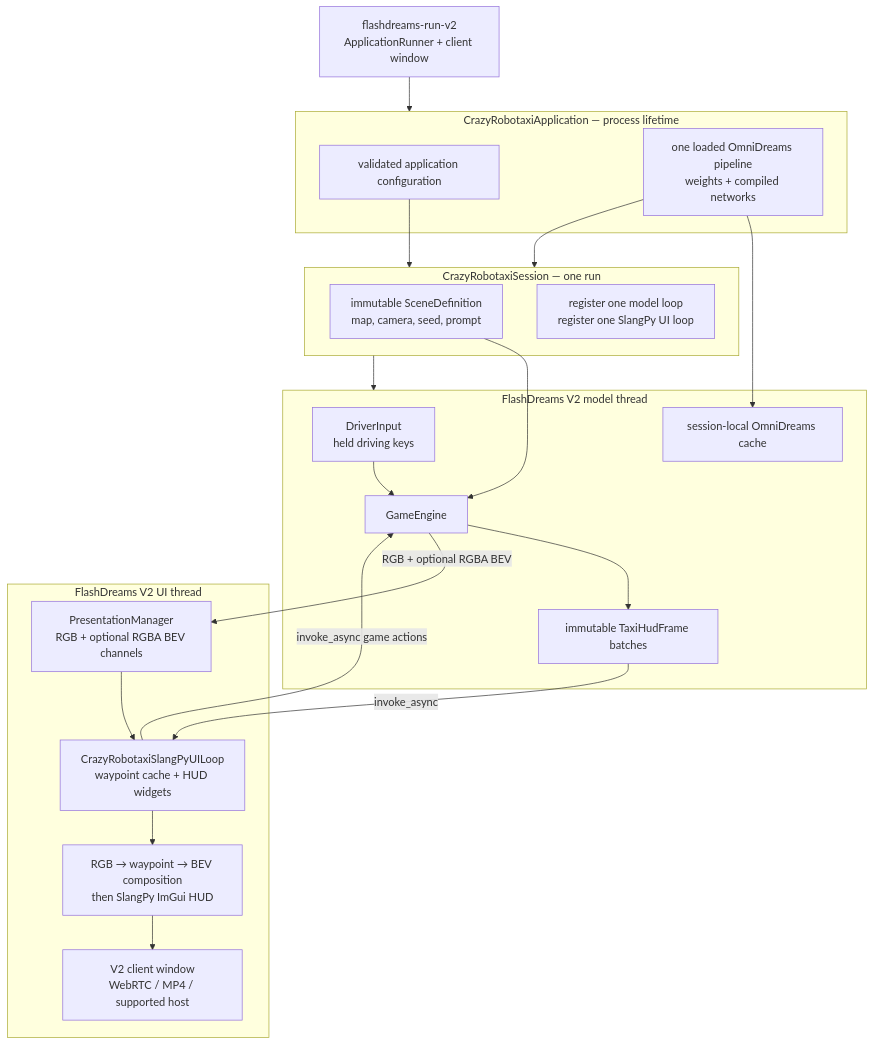
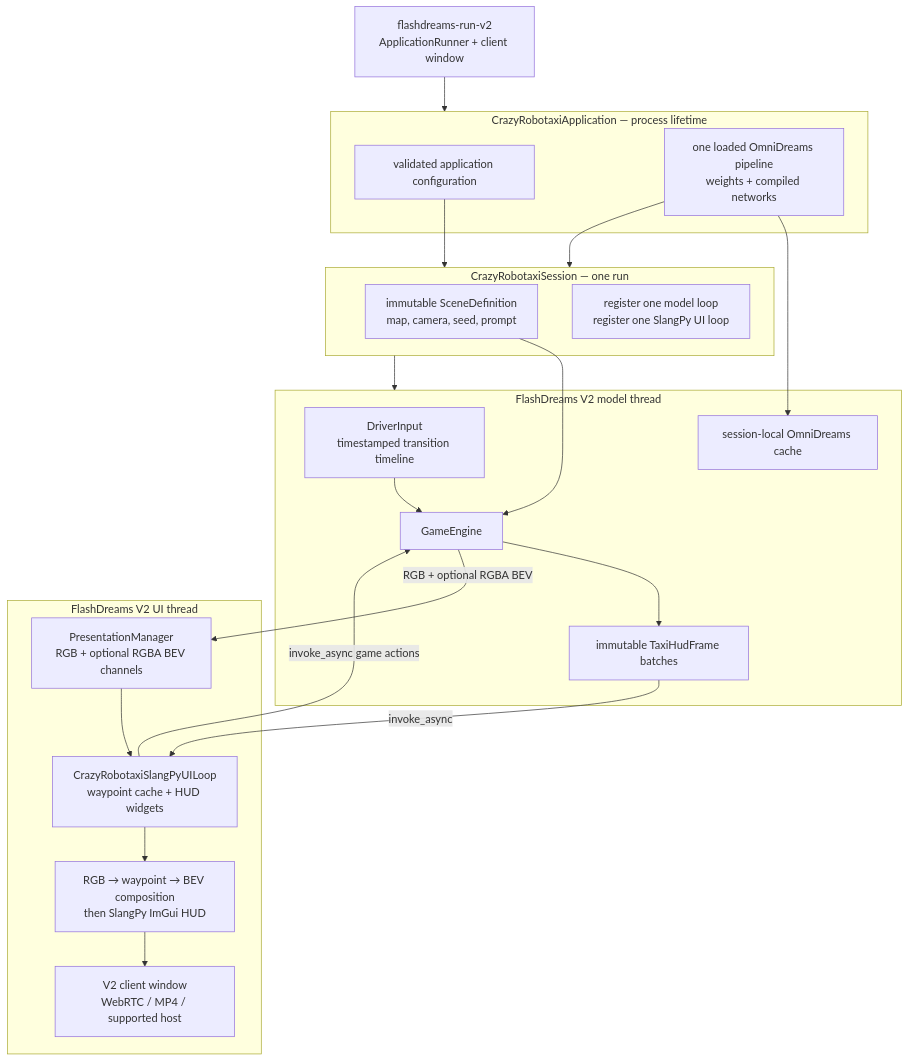
The first of 6 diagrams in docs/design/crazy_robotaxi_v2_architecture.md (NVIDIA/flashdreams), drawn with Mermaid before and after one commit. The commit also changed other lines of this file and 9 other files, not shown here.

````diff
--- a/docs/design/crazy_robotaxi_v2_architecture.md
+++ b/docs/design/crazy_robotaxi_v2_architecture.md
@@ -30,41 +30,41 @@
 ```mermaid
 flowchart TD
     HOST["flashdreams-run-v2<br/>ApplicationRunner + client window"]
 
     subgraph APP["CrazyRobotaxiApplication — process lifetime"]
         ARGS["validated application configuration"]
         PIPELINE["one loaded OmniDreams pipeline<br/>weights + compiled networks"]
     end
 
     subgraph SESSION["CrazyRobotaxiSession — one run"]
         SCENE["immutable SceneDefinition<br/>map, camera, seed, prompt"]
         REG["register one model loop<br/>register one SlangPy UI loop"]
     end
 
     subgraph MODELTHREAD["FlashDreams V2 model thread"]
-        INPUT["DriverInput<br/>held driving keys"]
+        INPUT["DriverInput<br/>timestamped transition timeline"]
         ENGINE["GameEngine"]
         CACHE["session-local OmniDreams cache"]
         HUDSTATE["immutable TaxiHudFrame batches"]
     end
 
     subgraph UITHREAD["FlashDreams V2 UI thread"]
         BUFFER["PresentationManager<br/>RGB + optional RGBA BEV channels"]
         HUD["CrazyRobotaxiSlangPyUILoop<br/>waypoint cache + HUD widgets"]
         COMPOSE["RGB → waypoint → BEV composition<br/>then SlangPy ImGui HUD"]
         WINDOW["V2 client window<br/>WebRTC / MP4 / supported host"]
     end
 
     HOST --> APP
     ARGS --> SESSION
     PIPELINE --> SESSION
     SESSION --> MODELTHREAD
     SCENE --> ENGINE
     PIPELINE --> CACHE
     INPUT --> ENGINE
     ENGINE --> HUDSTATE
     ENGINE -->|"RGB + optional RGBA BEV"| BUFFER
     HUDSTATE -->|"invoke_async"| HUD
     HUD -->|"invoke_async game actions"| ENGINE
     BUFFER --> HUD --> COMPOSE --> WINDOW
 ```
````
